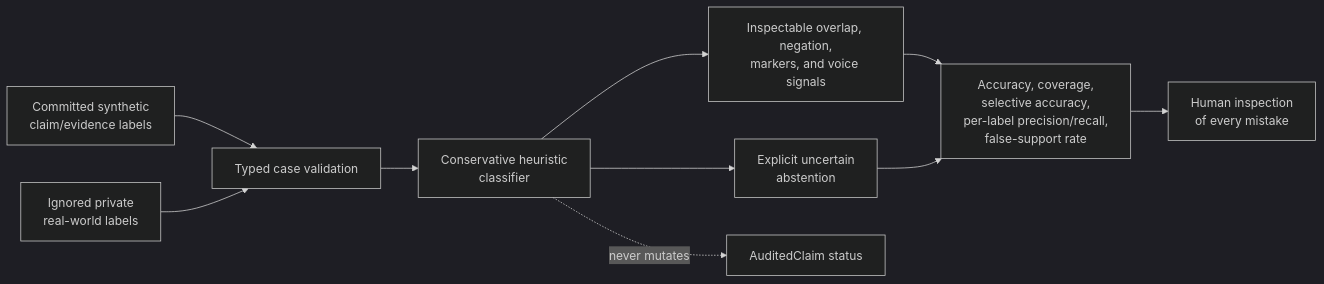
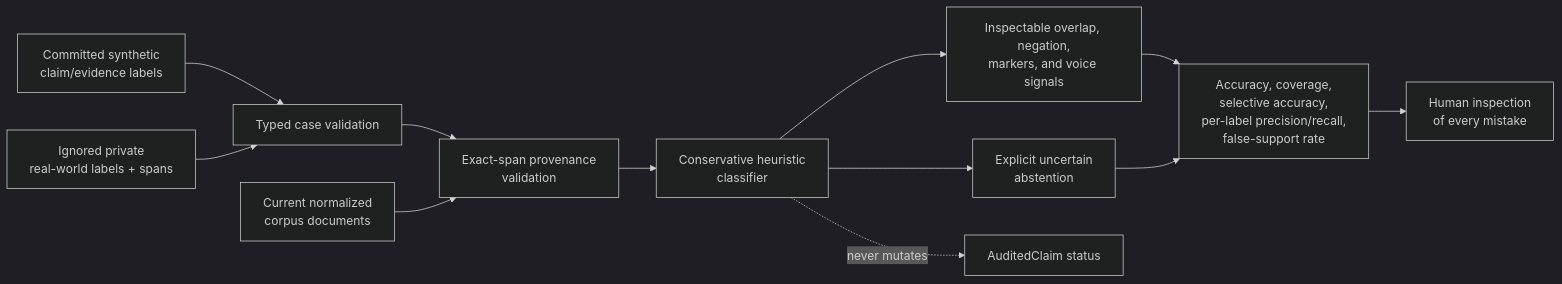
One commit to BrentWilkins/author-corpus-rag changed the sixth of 6 diagrams in docs/architecture.md. Above: the diagram before and after it, drawn with Mermaid (dark theme). The commit also changed other lines of this file and 7 other files, not shown here.

Commit message:
Validate private claim labels against sources

````diff
--- a/docs/architecture.md
+++ b/docs/architecture.md
@@ -295,22 +295,26 @@
 ```mermaid
 flowchart LR
     public_cases[Committed synthetic<br/>claim/evidence labels]
-    private_cases[Ignored private<br/>real-world labels]
+    private_cases[Ignored private<br/>real-world labels + spans]
+    corpus[Current normalized<br/>corpus documents]
     validation[Typed case validation]
+    provenance[Exact-span provenance<br/>validation]
     classifier[Conservative heuristic<br/>classifier]
     signals[Inspectable overlap, negation,<br/>markers, and voice signals]
     abstention[Explicit uncertain<br/>abstention]
     metrics[Accuracy, coverage,<br/>selective accuracy,<br/>per-label precision/recall,<br/>false-support rate]
     review[Human inspection<br/>of every mistake]
     ledger[AuditedClaim status]
 
     public_cases --> validation
     private_cases --> validation
-    validation --> classifier
+    validation --> provenance
+    corpus --> provenance
+    provenance --> classifier
     classifier --> signals
     classifier --> abstention
     signals --> metrics
     abstention --> metrics
     metrics --> review
     classifier -. never mutates .-> ledger
 ```
````
